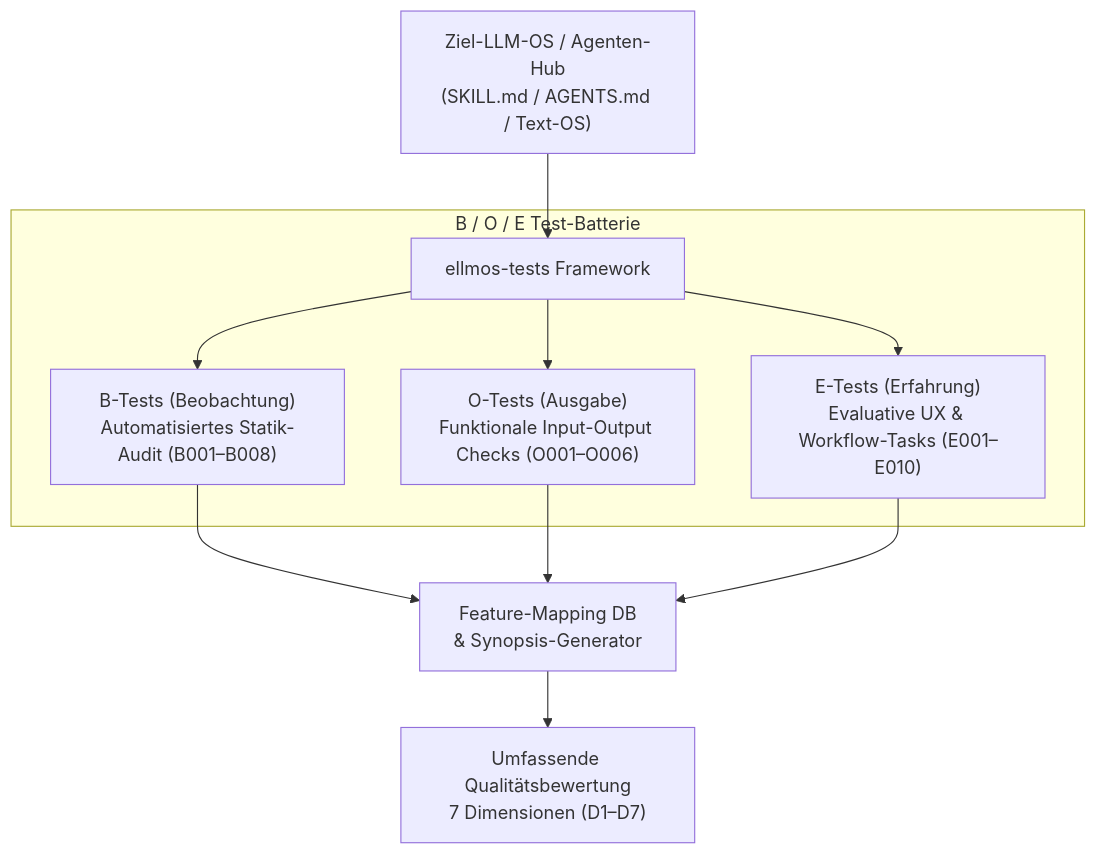
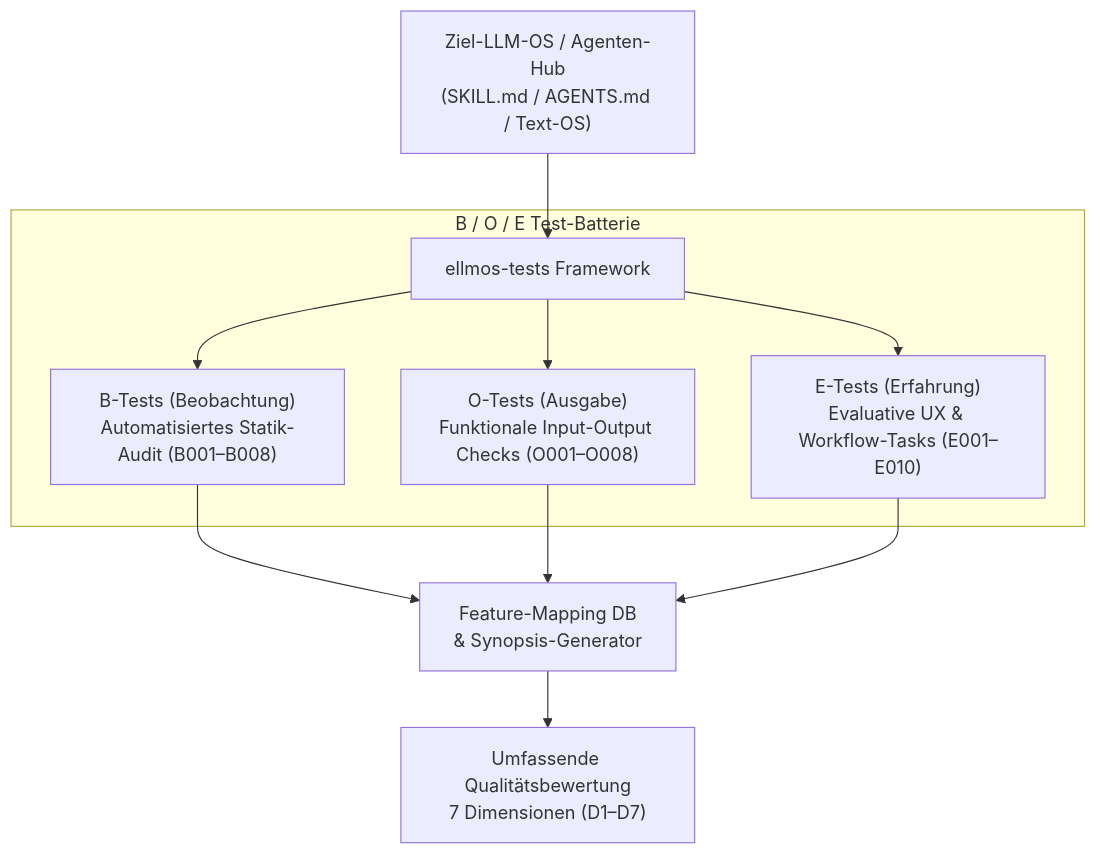
The diagram in README_de.md (ellmos-ai/ellmos-tests), drawn with Mermaid before and after one commit. The commit also changed other lines of this file and 11 other files, not shown here.

````diff
--- a/README_de.md
+++ b/README_de.md
@@ -33,16 +33,16 @@
 ```mermaid
 graph TD
     A["Ziel-LLM-OS / Agenten-Hub<br/>(SKILL.md / AGENTS.md / Text-OS)"] --> B["ellmos-tests Framework"]
     
     subgraph "B / O / E Test-Batterie"
         B --> B1["B-Tests (Beobachtung)<br/>Automatisiertes Statik-Audit (B001–B008)"]
-        B --> B2["O-Tests (Ausgabe)<br/>Funktionale Input-Output Checks (O001–O006)"]
+        B --> B2["O-Tests (Ausgabe)<br/>Funktionale Input-Output Checks (O001–O008)"]
         B --> B3["E-Tests (Erfahrung)<br/>Evaluative UX & Workflow-Tasks (E001–E010)"]
     end
     
     B1 --> C["Feature-Mapping DB<br/>& Synopsis-Generator"]
     B2 --> C
     B3 --> C
     
     C --> D["Umfassende Qualitätsbewertung<br/>7 Dimensionen (D1–D7)"]
 ```
````
